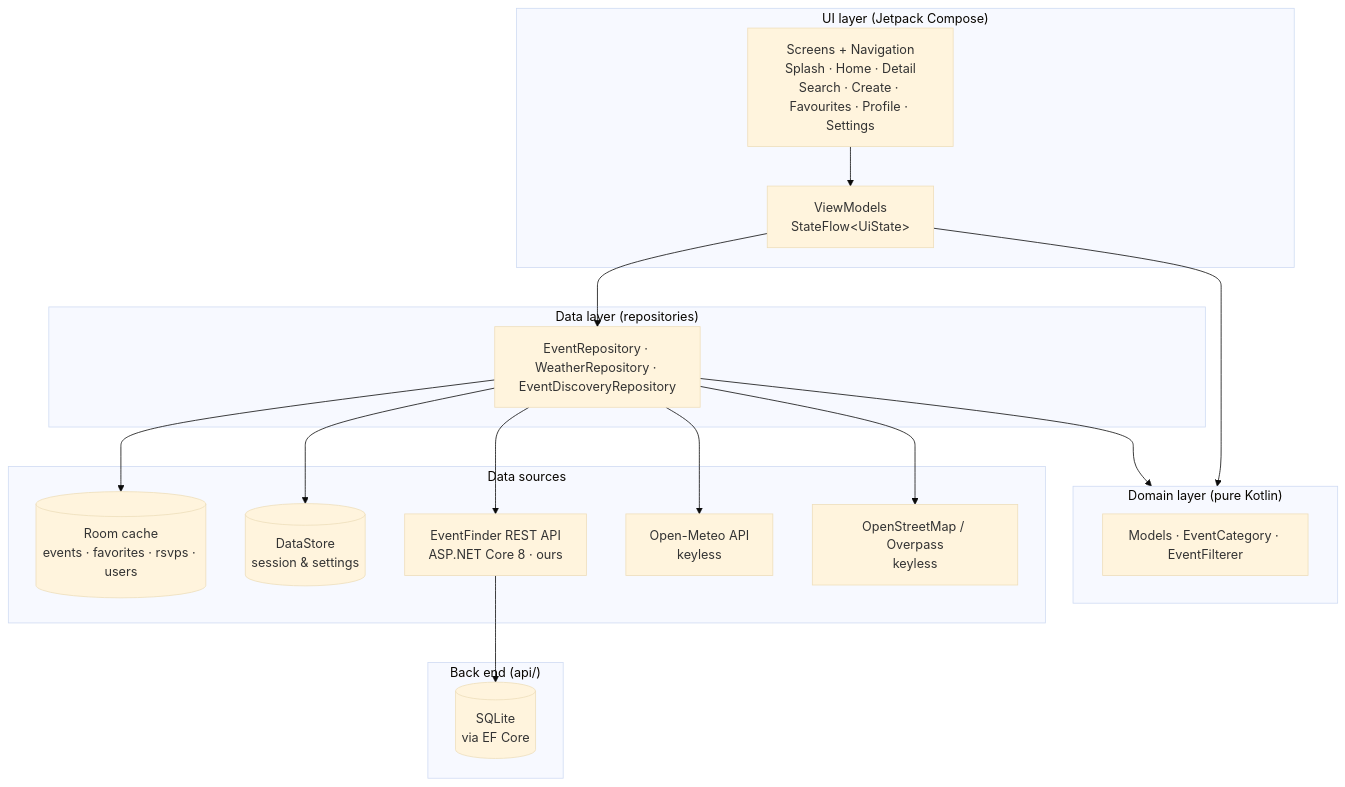
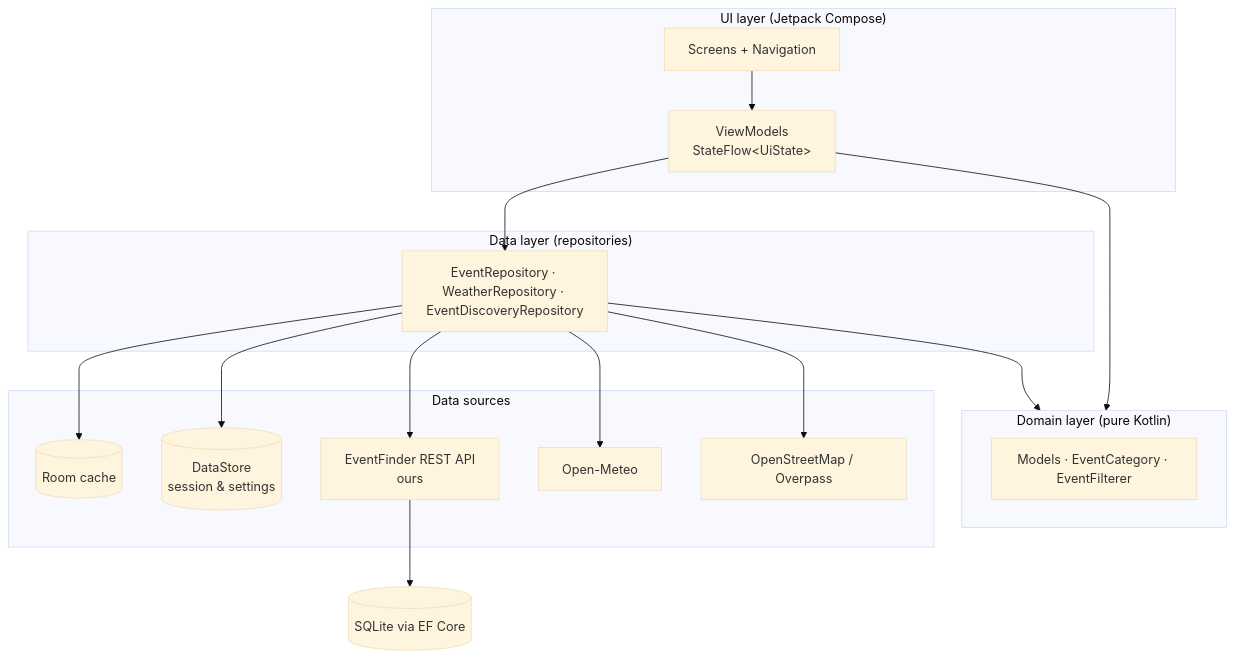
The diagram in README.md (kallanjones/prog7314-g3-2026-formative-2-part-2-kallanjones), drawn with Mermaid (base theme) before and after one commit. The commit also changed other lines of this file, not shown here.

````diff
--- a/README.md
+++ b/README.md
@@ -121,38 +123,32 @@
 ```mermaid
 flowchart TB
     subgraph UI["UI layer (Jetpack Compose)"]
-        Screens["Screens + Navigation<br/>Splash · Home · Detail<br/>Search · Create · Favourites · Profile · Settings"]
+        Screens["Screens + Navigation"]
         VMs["ViewModels<br/>StateFlow&lt;UiState&gt;"]
     end
-
     subgraph Domain["Domain layer (pure Kotlin)"]
         Models["Models · EventCategory · EventFilterer"]
     end
-
     subgraph Data["Data layer (repositories)"]
         Repos["EventRepository · WeatherRepository · EventDiscoveryRepository"]
     end
-
     subgraph Sources["Data sources"]
-        Room[("Room cache<br/>events · favorites · rsvps · users")]
+        Room[("Room cache")]
         DS[("DataStore<br/>session & settings")]
-        API["EventFinder REST API<br/>ASP.NET Core 8 · ours"]
-        OM["Open-Meteo API<br/>keyless"]
-        OSM["OpenStreetMap / Overpass<br/>keyless"]
+        API["EventFinder REST API<br/>ours"]
+        OM["Open-Meteo"]
+        OSM["OpenStreetMap / Overpass"]
     end
-
-    subgraph Backend["Back end (api/)"]
-        SQLite[("SQLite<br/>via EF Core")]
-    end
+    SQLite[("SQLite via EF Core")]
 
     Screens --> VMs
     VMs --> Repos
     VMs --> Domain
     Repos --> Domain
     Repos --> Room
     Repos --> DS
     Repos --> API
     Repos --> OM
     Repos --> OSM
     API --> SQLite
 ```
````
